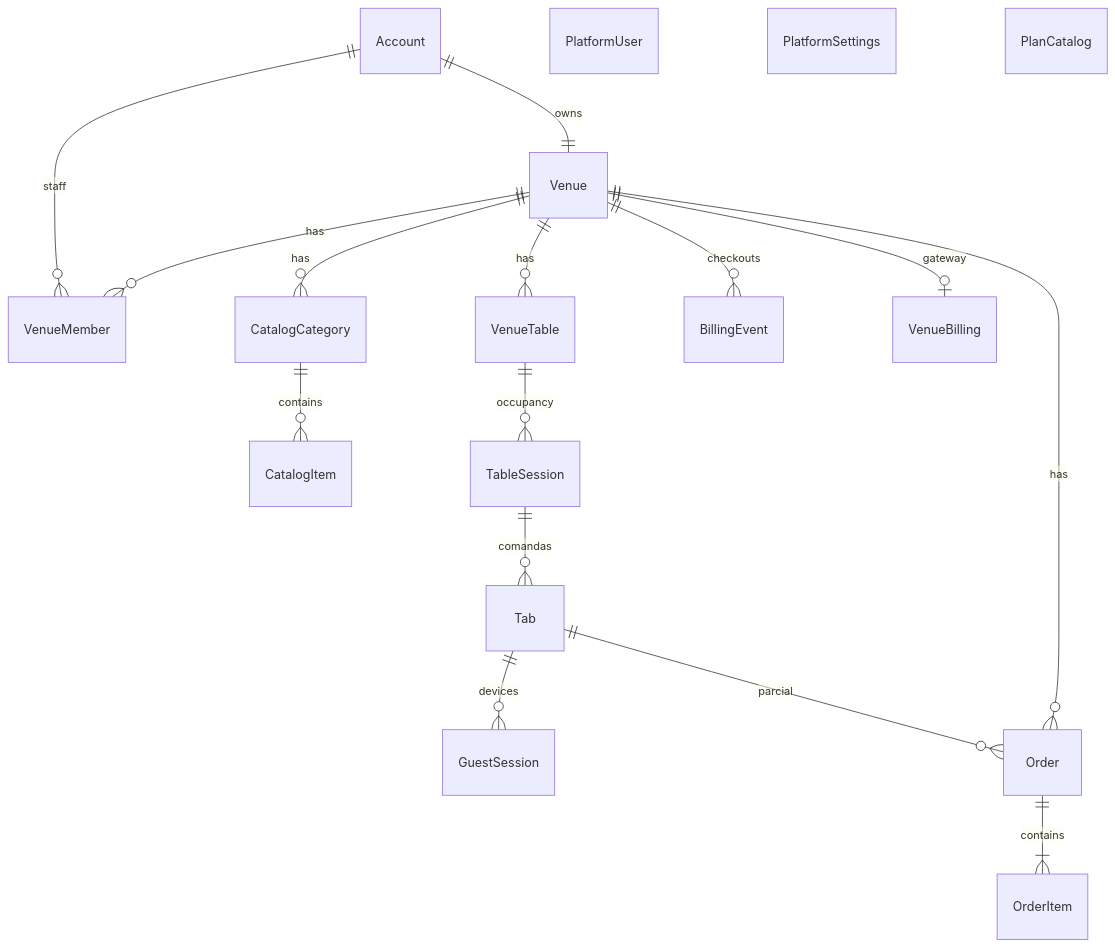
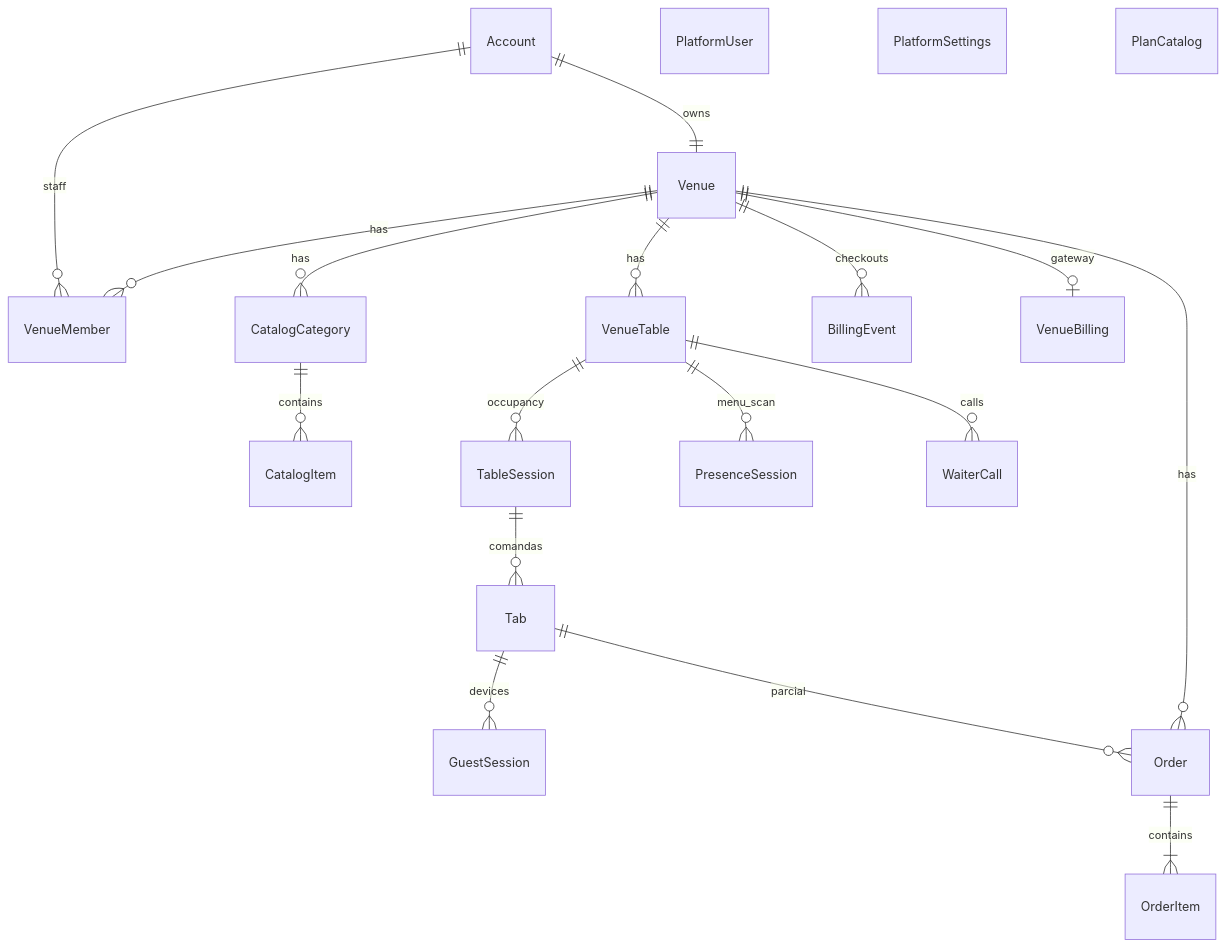
Before and after one commit to filiperamosds/eaimesa-frontend: the diagram in docs/data/schema.md, drawn with Mermaid. The commit also changed other lines of this file and 9 other files, not shown here.

````diff
--- a/docs/data/schema.md
+++ b/docs/data/schema.md
@@ -212,20 +220,22 @@
 ```mermaid
 erDiagram
   Account ||--|| Venue : owns
   Account ||--o{ VenueMember : staff
   Venue ||--o{ VenueMember : has
   Venue ||--o{ CatalogCategory : has
   CatalogCategory ||--o{ CatalogItem : contains
   Venue ||--o{ VenueTable : has
   VenueTable ||--o{ TableSession : occupancy
+  VenueTable ||--o{ PresenceSession : menu_scan
+  VenueTable ||--o{ WaiterCall : calls
   TableSession ||--o{ Tab : comandas
   Tab ||--o{ GuestSession : devices
   Tab ||--o{ Order : parcial
   Venue ||--o{ Order : has
   Venue ||--o{ BillingEvent : checkouts
   Venue ||--o| VenueBilling : gateway
   Order ||--|{ OrderItem : contains
   PlatformUser
   PlatformSettings
   PlanCatalog
 ```
````
